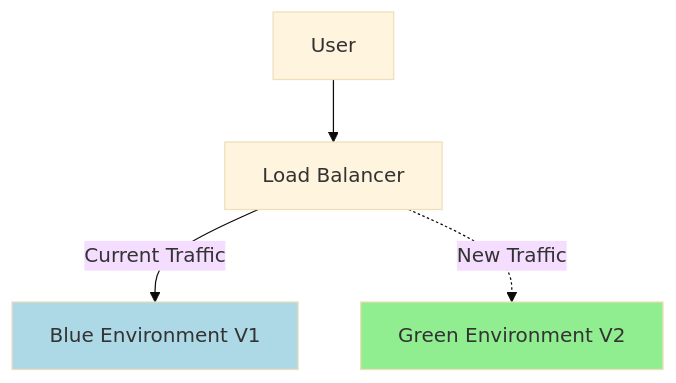
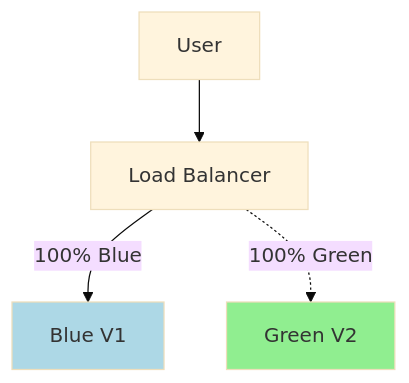
Before and after one commit to kloudtechvizag/cloud-devops-interview-prep: the third of 5 diagrams in kubernetes/README.md, drawn with Mermaid (base theme). The commit also changed other lines of this file and 20 other files, not shown here.

````diff
--- a/kubernetes/README.md
+++ b/kubernetes/README.md
@@ -80,8 +54,8 @@
 ```mermaid
 graph TD
     User --> LB[Load Balancer]
-    LB -- Current Traffic --> Blue[Blue Environment V1]
-    LB -. New Traffic .-> Green[Green Environment V2]
-    style Blue fill:#add8e6
-    style Green fill:#90ee90
+    LB -- 100% Blue --> V1[Blue V1]
+    LB -. 100% Green .-> V2[Green V2]
+    style V1 fill:#add8e6
+    style V2 fill:#90ee90
 ```
````
